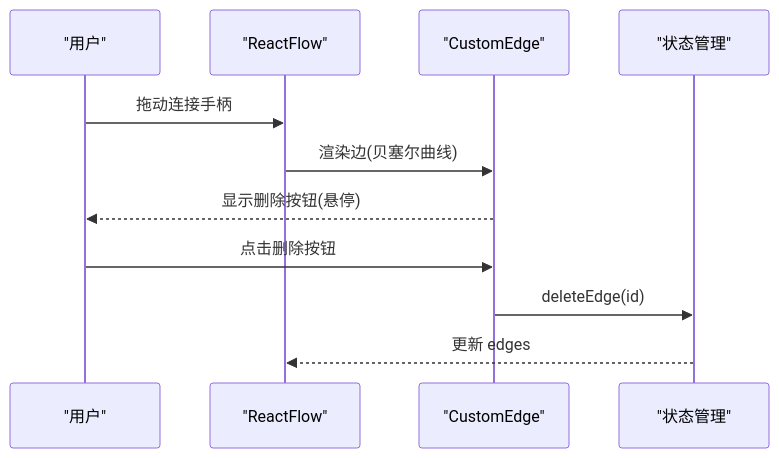
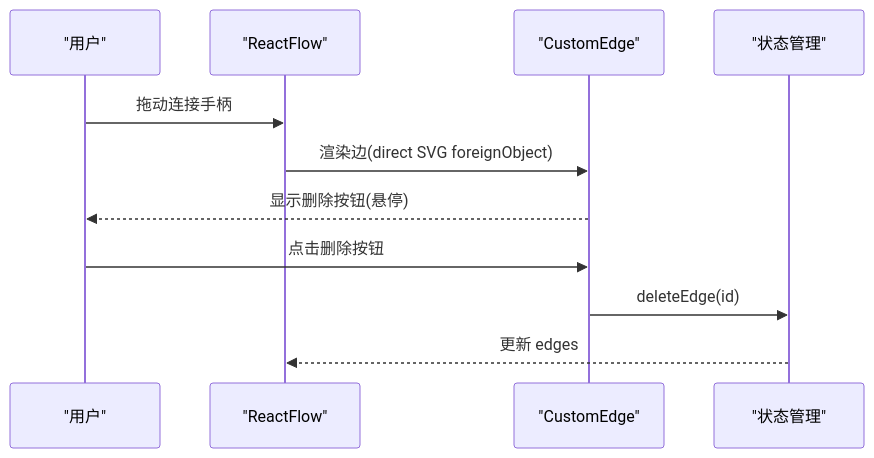
The sixth of 8 diagrams in .qoder/repowiki/zh/content/前端应用架构/UI组件库/画布组件系统/画布组件系统.md (KunLabAI/KunFlix), drawn with Mermaid before and after one commit. The commit also changed other lines of this file and 9 other files, not shown here.

````diff
--- a/.qoder/repowiki/zh/content/前端应用架构/UI组件库/画布组件系统/画布组件系统.md
+++ b/.qoder/repowiki/zh/content/前端应用架构/UI组件库/画布组件系统/画布组件系统.md
@@ -285,13 +300,13 @@
 ```mermaid
 sequenceDiagram
 participant U as "用户"
 participant RF as "ReactFlow"
 participant CE as "CustomEdge"
 participant S as "状态管理"
 U->>RF : 拖动连接手柄
-RF->>CE : 渲染边(贝塞尔曲线)
+RF->>CE : 渲染边(direct SVG foreignObject)
 CE-->>U : 显示删除按钮(悬停)
 U->>CE : 点击删除按钮
 CE->>S : deleteEdge(id)
 S-->>RF : 更新 edges
 ```
````
